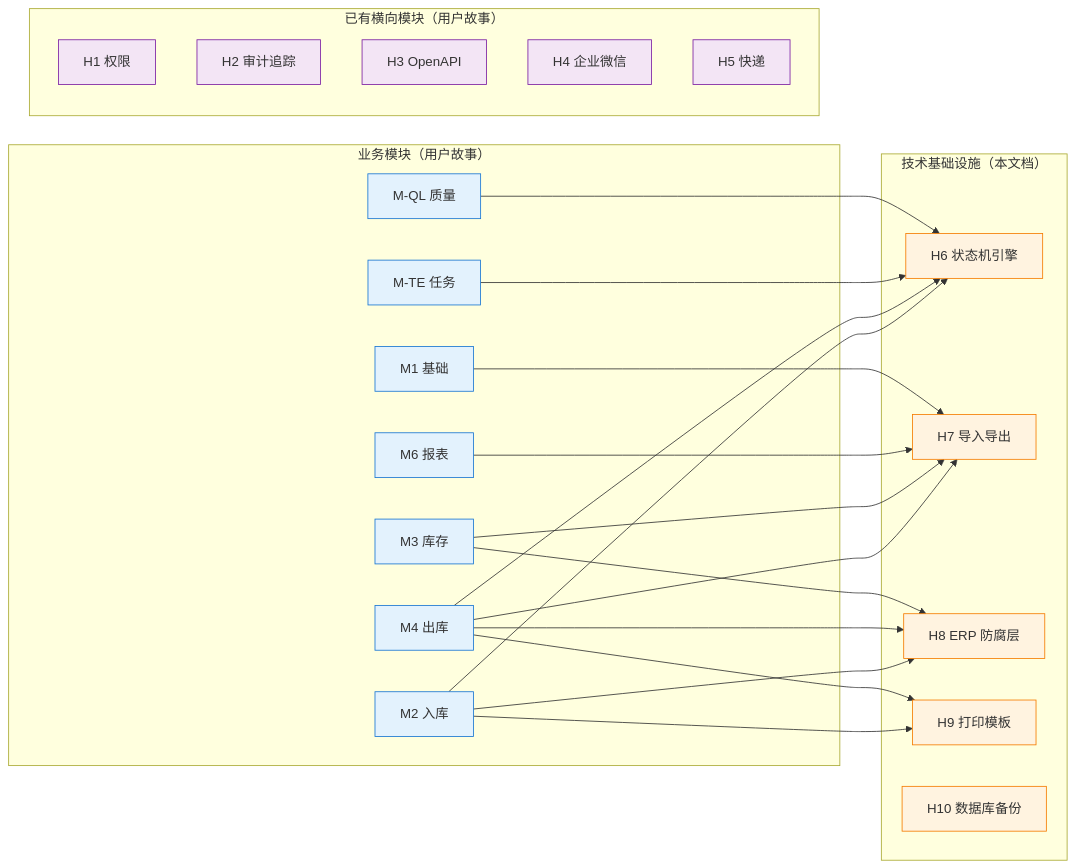
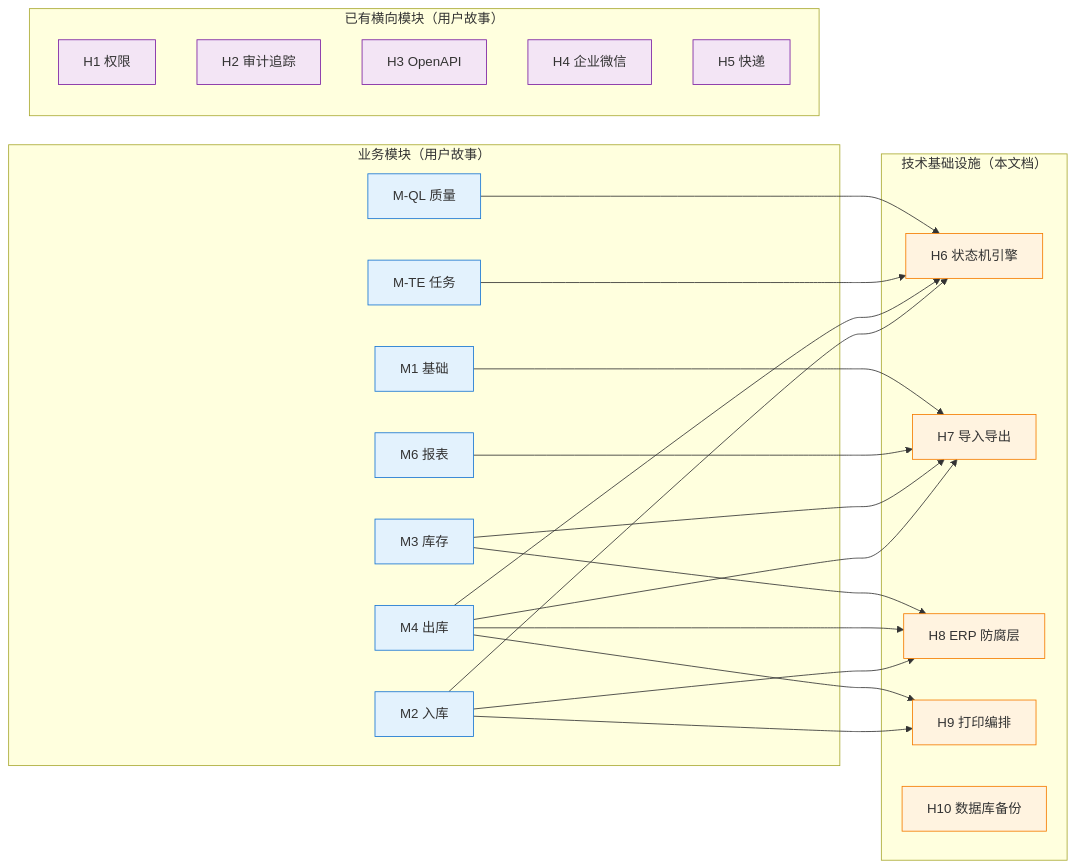
The diagram in docs/infra/technical-specs.md (births3/wms), drawn with Mermaid before and after one commit. The commit also changed other lines of this file and 11 other files, not shown here.

````diff
--- a/docs/infra/technical-specs.md
+++ b/docs/infra/technical-specs.md
@@ -591,45 +665,45 @@
     ```mermaid
     flowchart LR
         subgraph BIZ["业务模块（用户故事）"]
             M1[M1 基础]
             M2[M2 入库]
             M3[M3 库存]
             M4[M4 出库]
             M6[M6 报表]
             MTE[M-TE 任务]
             MQL[M-QL 质量]
         end
         subgraph INFRA["技术基础设施（本文档）"]
             H6[H6 状态机引擎]
             H7[H7 导入导出]
             H8[H8 ERP 防腐层]
-            H9[H9 打印模板]
+            H9[H9 打印编排]
             H10[H10 数据库备份]
         end
         subgraph HORIZ["已有横向模块（用户故事）"]
             H1[H1 权限]
             H2[H2 审计追踪]
             H3[H3 OpenAPI]
             H4[H4 企业微信]
             H5[H5 快递]
         end
         M2 --> H6
         M2 --> H8
         M2 --> H9
         M4 --> H6
         M4 --> H7
         M4 --> H8
         M4 --> H9
         M3 --> H7
         M3 --> H8
         M6 --> H7
         MTE --> H6
         MQL --> H6
         M1 --> H7
         classDef bizCls fill:#e3f2fd,stroke:#1976d2
         classDef infraCls fill:#fff3e0,stroke:#f57c00
         classDef horizCls fill:#f3e5f5,stroke:#7b1fa2
         class M1,M2,M3,M4,M6,MTE,MQL bizCls
         class H6,H7,H8,H9,H10 infraCls
         class H1,H2,H3,H4,H5 horizCls
     ```
````
